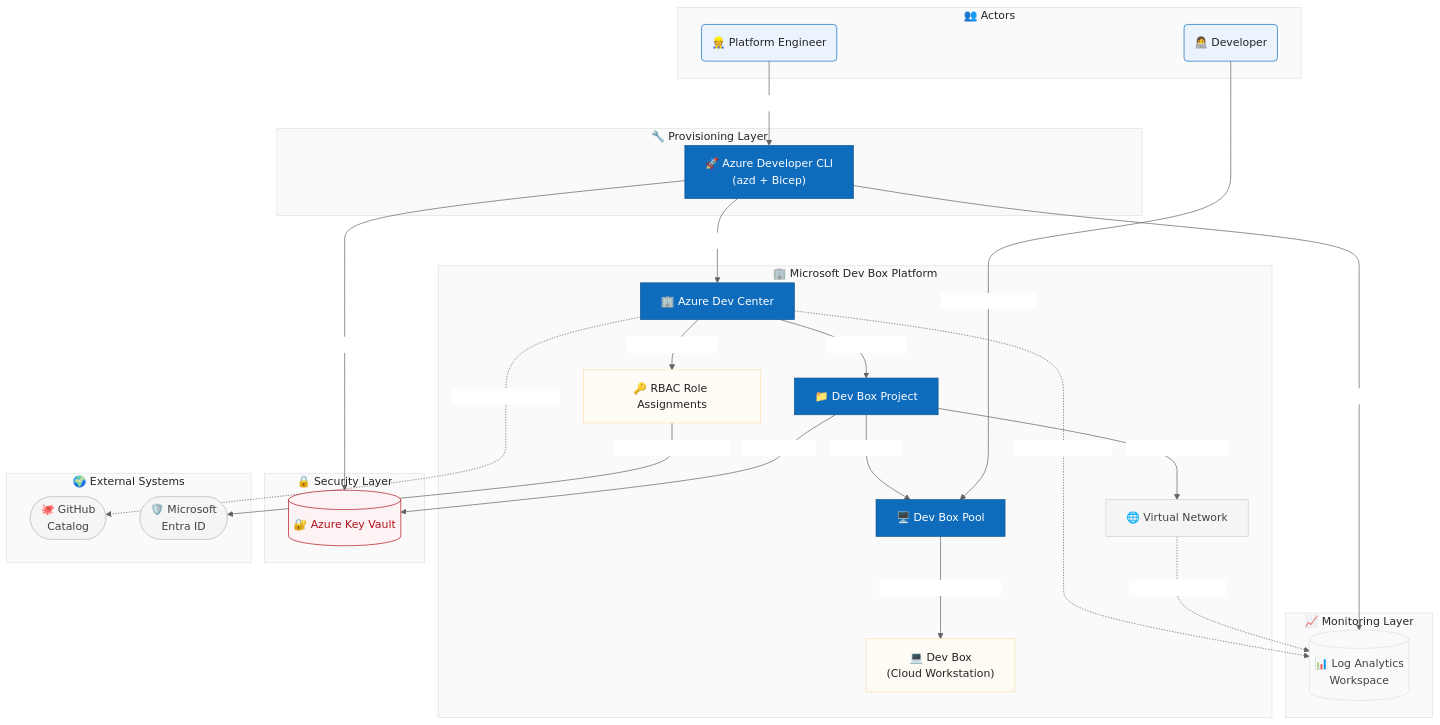
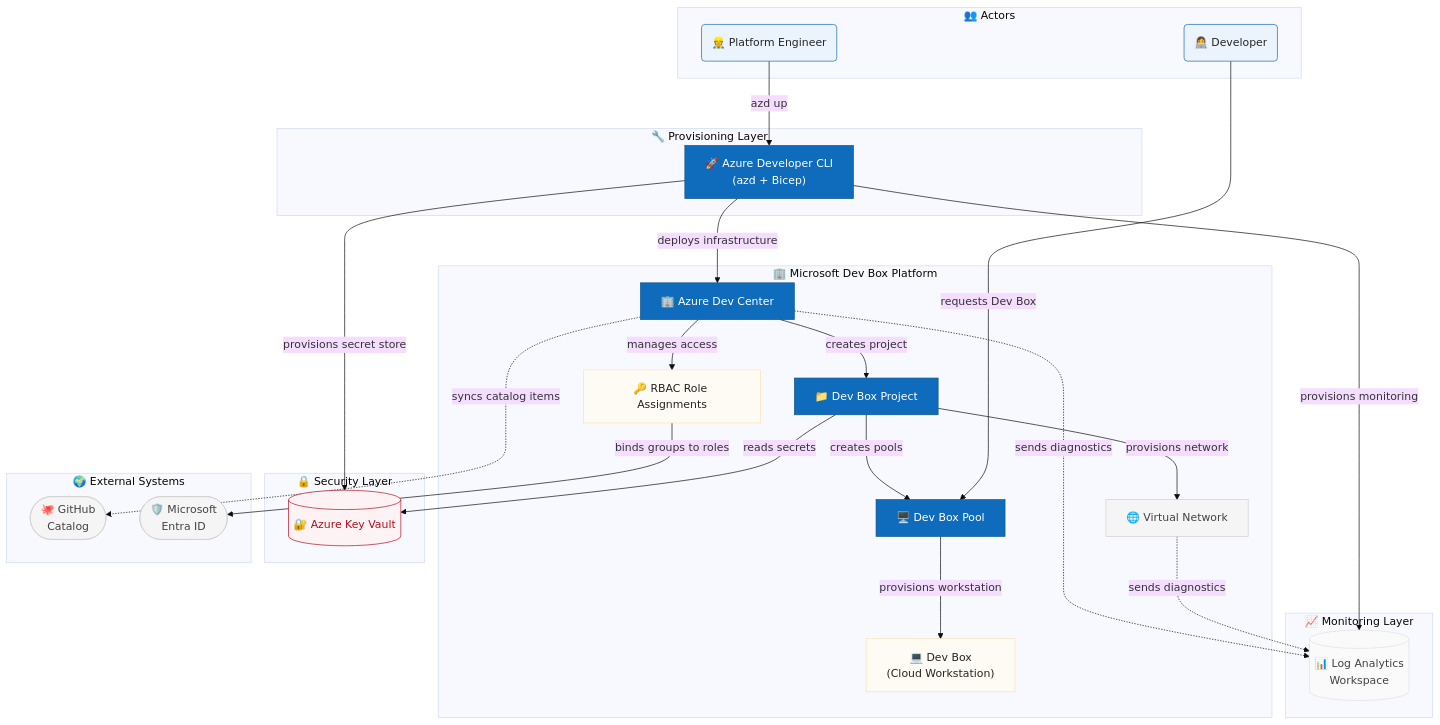
Before and after one commit to Evilazaro/DevExp-DevBox: the diagram in README.md, drawn with Mermaid.

Commit message:
Fix formatting in architecture diagram configuration in README.md

````diff
--- a/README.md
+++ b/README.md
@@ -73,12 +73,11 @@
 ```mermaid
 ---
 config:
-  description: "High-level architecture diagram showing actors, primary flows, and major components."
-  theme: base
-  align: center
-  fontFamily: "Segoe UI, Verdana, sans-serif"
-  fontSize: 16
-  themeVariables:
+    description: "High-level architecture diagram showing actors, primary flows, and major components."
+    theme: base
+    align: center
+    fontFamily: "Segoe UI, Verdana, sans-serif"
+    fontSize: 16
     primaryColor: "#0f6cbd"
     primaryTextColor: "#FFFFFF"
     primaryBorderColor: "#0f548c"
````
